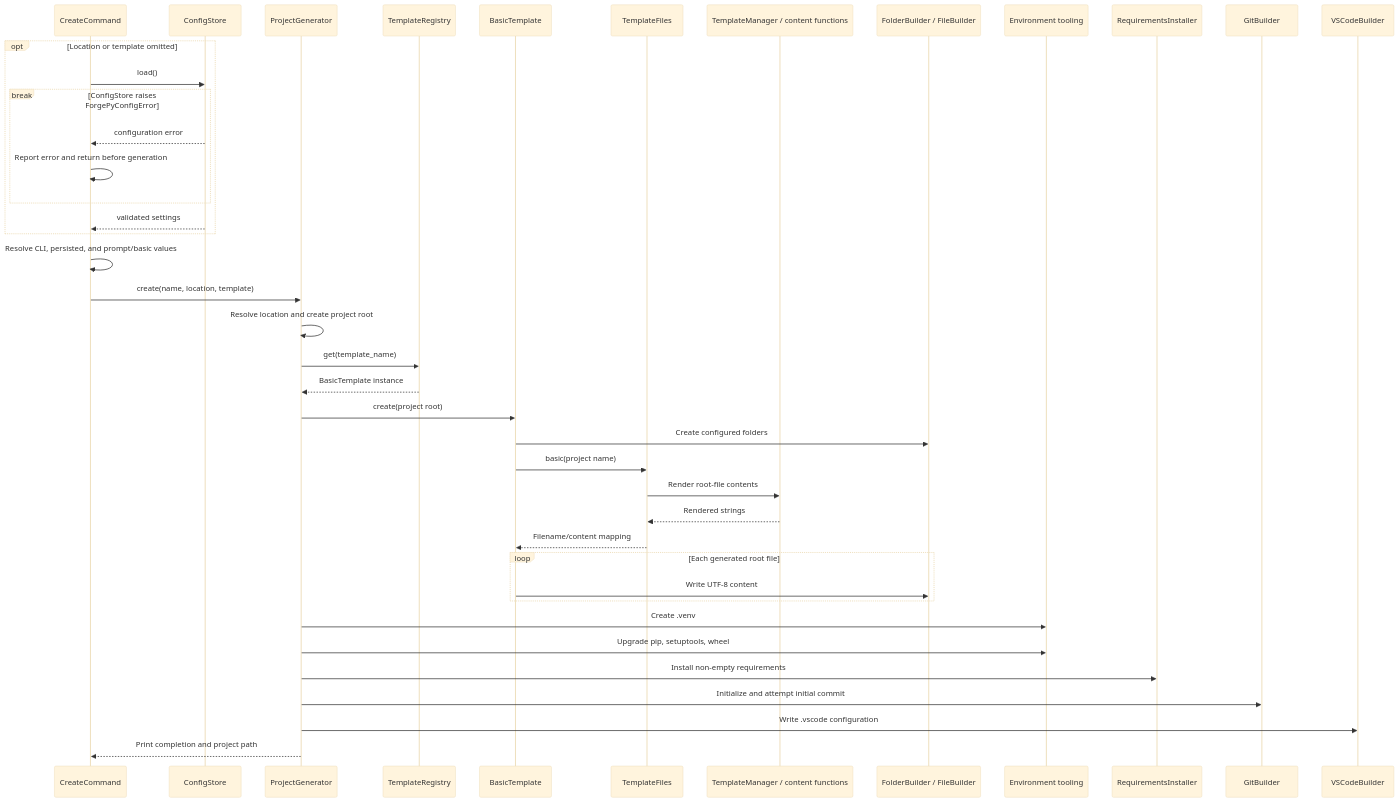
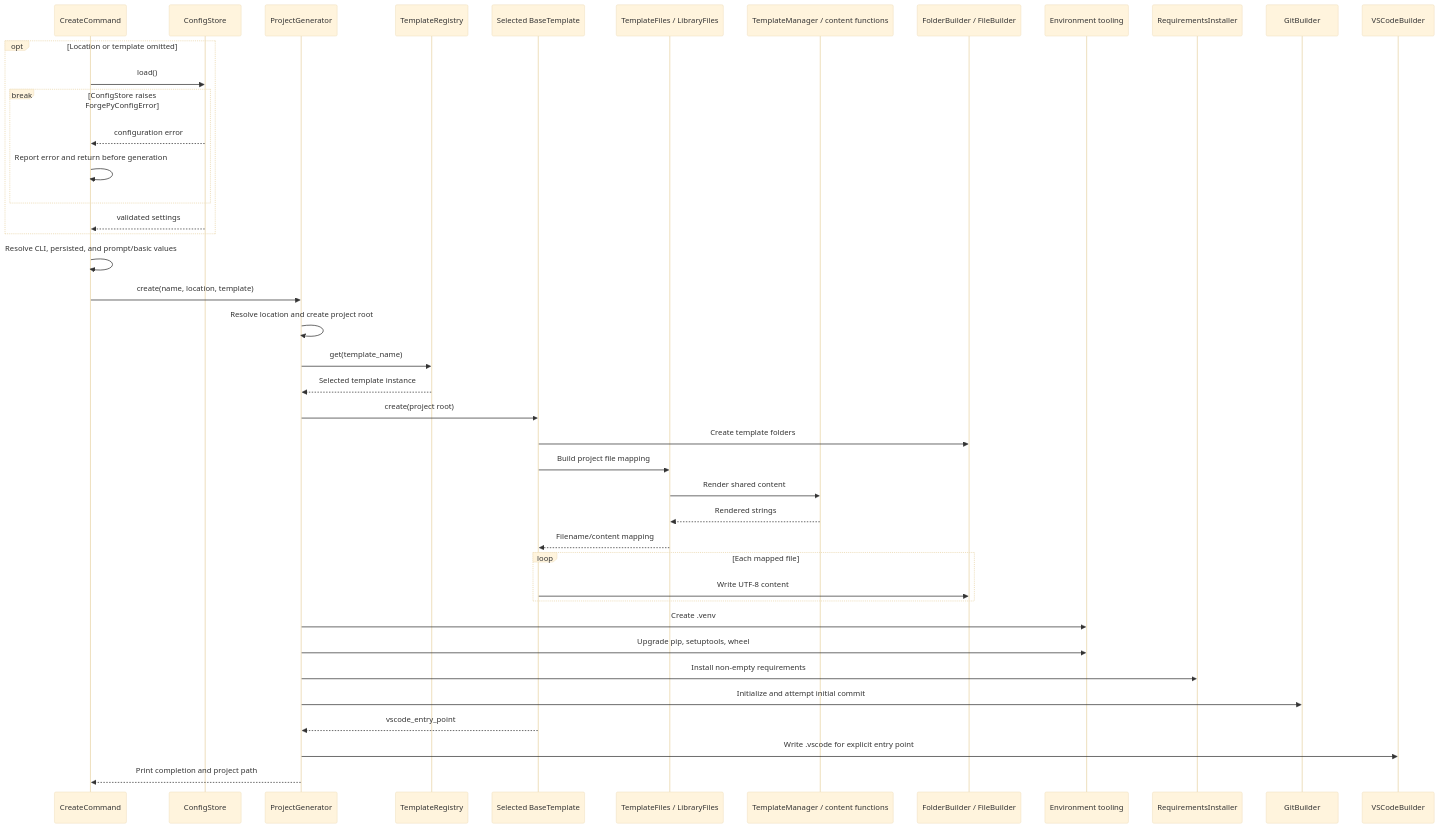
The fourth of 4 diagrams in ARCHITECTURE.md (rendyzou89/ForgePy), drawn with Mermaid (base theme) before and after one commit. The commit also changed other lines of this file and 17 other files, not shown here.

Commit message:
feat(template): add built-in library template

````diff
--- a/ARCHITECTURE.md
+++ b/ARCHITECTURE.md
@@ -244,44 +276,45 @@
 ```mermaid
 sequenceDiagram
     participant C as CreateCommand
     participant UC as ConfigStore
     participant G as ProjectGenerator
     participant TR as TemplateRegistry
-    participant BT as BasicTemplate
-    participant TF as TemplateFiles
+    participant T as Selected BaseTemplate
+    participant F as TemplateFiles / LibraryFiles
     participant TM as TemplateManager / content functions
     participant B as FolderBuilder / FileBuilder
     participant E as Environment tooling
     participant R as RequirementsInstaller
     participant Git as GitBuilder
     participant V as VSCodeBuilder
 
     opt Location or template omitted
         C->>UC: load()
         break ConfigStore raises ForgePyConfigError
             UC-->>C: configuration error
             C->>C: Report error and return before generation
         end
         UC-->>C: validated settings
     end
     C->>C: Resolve CLI, persisted, and prompt/basic values
     C->>G: create(name, location, template)
     G->>G: Resolve location and create project root
     G->>TR: get(template_name)
-    TR-->>G: BasicTemplate instance
-    G->>BT: create(project root)
-    BT->>B: Create configured folders
-    BT->>TF: basic(project name)
-    TF->>TM: Render root-file contents
-    TM-->>TF: Rendered strings
-    TF-->>BT: Filename/content mapping
-    loop Each generated root file
-        BT->>B: Write UTF-8 content
+    TR-->>G: Selected template instance
+    G->>T: create(project root)
+    T->>B: Create template folders
+    T->>F: Build project file mapping
+    F->>TM: Render shared content
+    TM-->>F: Rendered strings
+    F-->>T: Filename/content mapping
+    loop Each mapped file
+        T->>B: Write UTF-8 content
     end
     G->>E: Create .venv
     G->>E: Upgrade pip, setuptools, wheel
     G->>R: Install non-empty requirements
     G->>Git: Initialize and attempt initial commit
-    G->>V: Write .vscode configuration
+    T-->>G: vscode_entry_point
+    G->>V: Write .vscode for explicit entry point
     G-->>C: Print completion and project path
 ```
````
